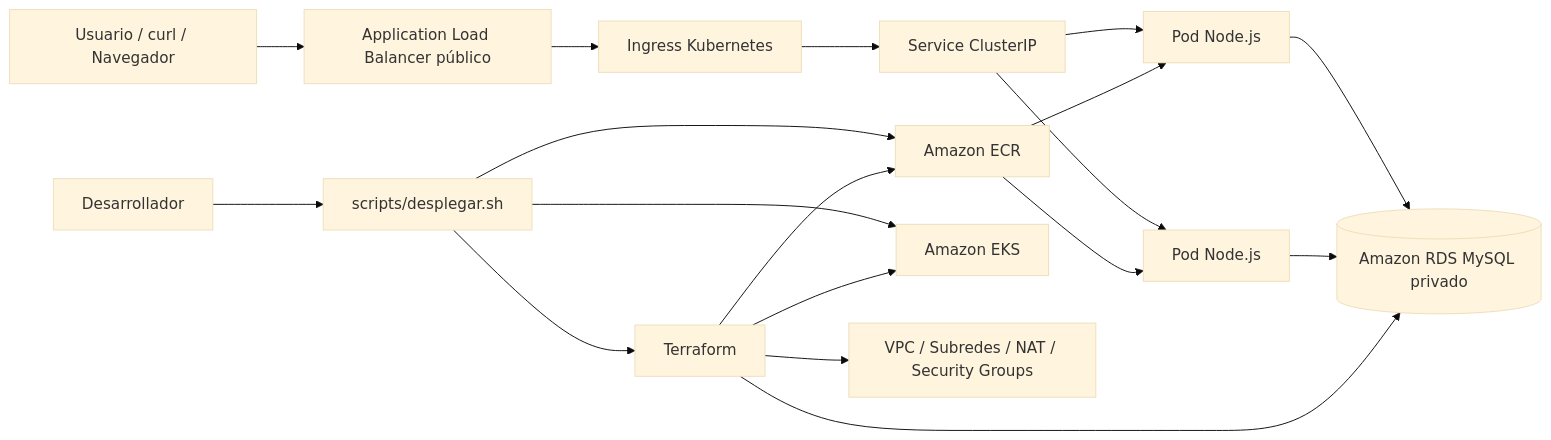
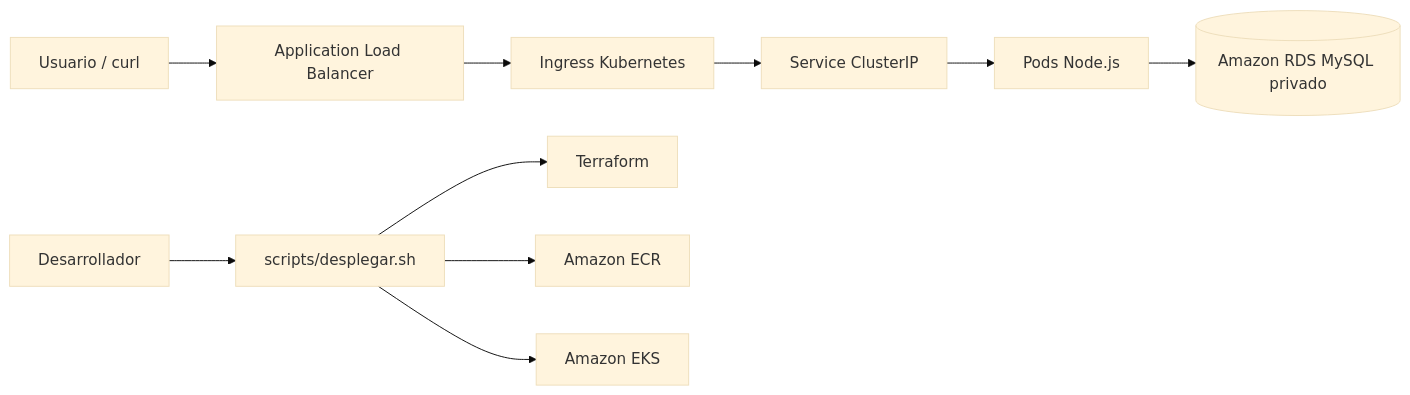
One commit to Juchilgaa/ORT2026_ISC-JRFF changed the diagram in README.md. Above: the diagram before and after it, drawn with Mermaid (base theme). The commit also changed other lines of this file, not shown here.

````diff
--- a/README.md
+++ b/README.md
@@ -192,24 +24,13 @@
 ```mermaid
 flowchart LR
-    U[Usuario / curl / Navegador] --> ALB[Application Load Balancer público]
+    U[Usuario / curl] --> ALB[Application Load Balancer]
     ALB --> ING[Ingress Kubernetes]
     ING --> SVC[Service ClusterIP]
-    SVC --> POD1[Pod Node.js]
-    SVC --> POD2[Pod Node.js]
-
-    POD1 --> RDS[(Amazon RDS MySQL privado)]
-    POD2 --> RDS
+    SVC --> POD[Pods Node.js]
+    POD --> RDS[(Amazon RDS MySQL privado)]
 
     DEV[Desarrollador] --> SCRIPT[scripts/desplegar.sh]
     SCRIPT --> TF[Terraform]
     SCRIPT --> ECR[Amazon ECR]
     SCRIPT --> EKS[Amazon EKS]
-
-    TF --> VPC[VPC / Subredes / NAT / Security Groups]
-    TF --> RDS
-    TF --> ECR
-    TF --> EKS
-
-    ECR --> POD1
-    ECR --> POD2
 ```
````
